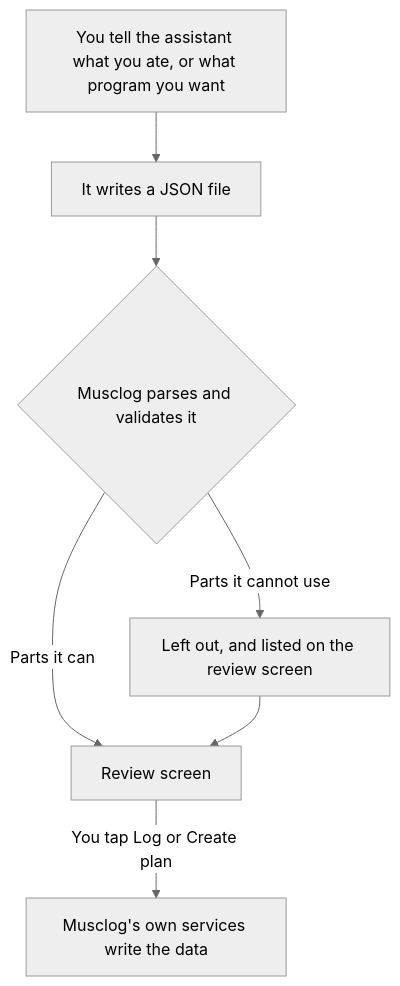
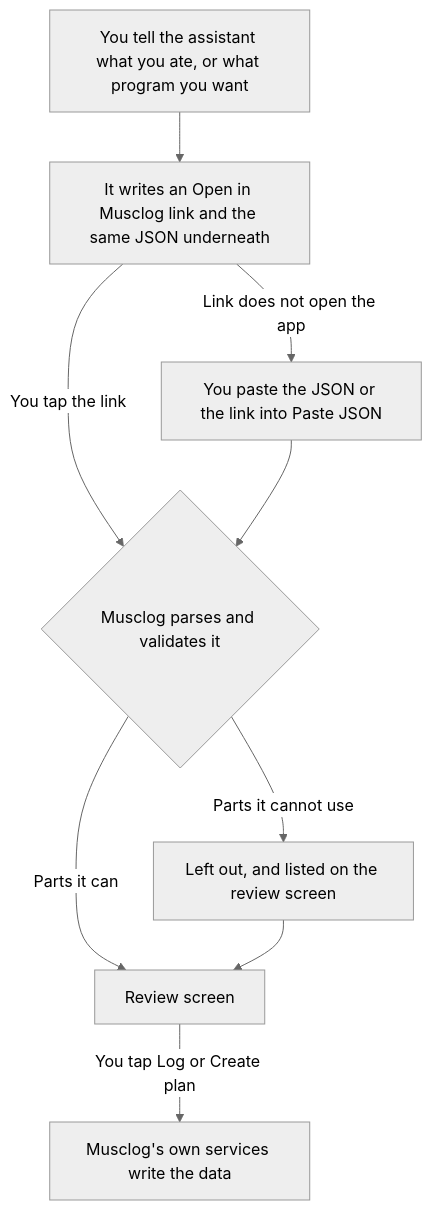
One commit to blopa/musclog-app changed the first of 2 diagrams in app/(website)/posts/2026/11/bring-your-own-ai-log-food-and-build-workouts.md. Above: the diagram before and after it, drawn with Mermaid (neutral theme). The commit also changed other lines of this file and 31 other files, not shown here.

````diff
--- a/app/(website)/posts/2026/11/bring-your-own-ai-log-food-and-build-workouts.md
+++ b/app/(website)/posts/2026/11/bring-your-own-ai-log-food-and-build-workouts.md
@@ -28,9 +45,11 @@
 ```mermaid
 flowchart TD
-    Y[You tell the assistant what you ate, or what program you want] --> F[It writes a JSON file]
-    F --> P{Musclog parses and validates it}
+    Y[You tell the assistant what you ate, or what program you want] --> L[It writes an Open in Musclog link and the same JSON underneath]
+    L -- You tap the link --> P
+    L -- Link does not open the app --> J[You paste the JSON or the link into Paste JSON]
+    J --> P{Musclog parses and validates it}
     P -- Parts it cannot use --> W[Left out, and listed on the review screen]
     P -- Parts it can --> R[Review screen]
     W --> R
     R -- You tap Log or Create plan --> S[Musclog's own services write the data]
 ```
````
